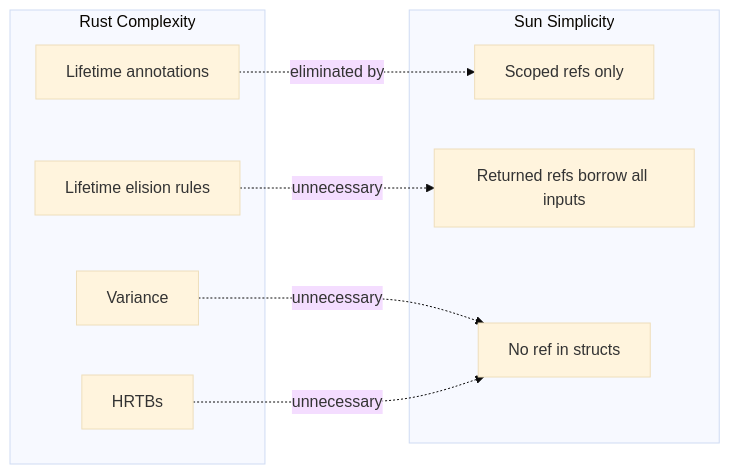
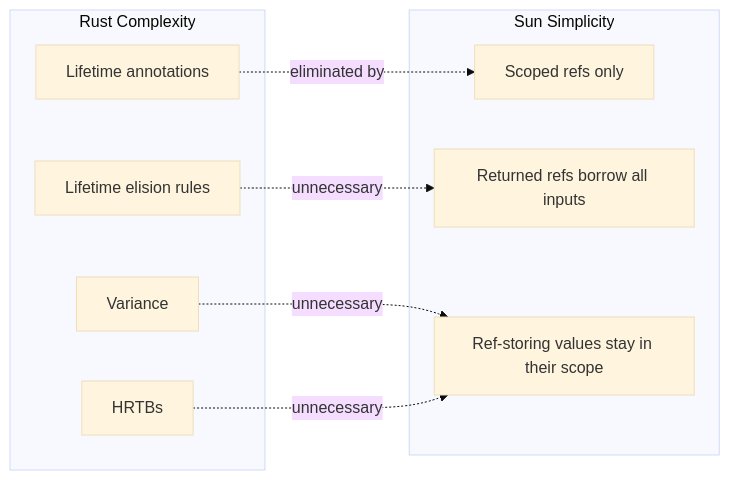
Before and after one commit to namo-robotics/sun: the sixth of 6 diagrams in docs/pages/ownership.mdx, drawn with Mermaid (base theme). The commit also changed other lines of this file and 10 other files, not shown here.

````diff
--- a/docs/pages/ownership.mdx
+++ b/docs/pages/ownership.mdx
@@ -801,20 +817,20 @@
 ```mermaid
 flowchart LR
     subgraph "Rust Complexity"
         R1[Lifetime annotations]
         R2[Lifetime elision rules]
         R3[Variance]
         R4[HRTBs]
     end
     
     subgraph "Sun Simplicity"
         S1[Scoped refs only]
         S2[Returned refs borrow all inputs]
-        S3[No ref in structs]
+        S3[Ref-storing values stay in their scope]
     end
     
     R1 -.->|eliminated by| S1
     R2 -.->|unnecessary| S2
     R3 -.->|unnecessary| S3
     R4 -.->|unnecessary| S3
 ```
````
